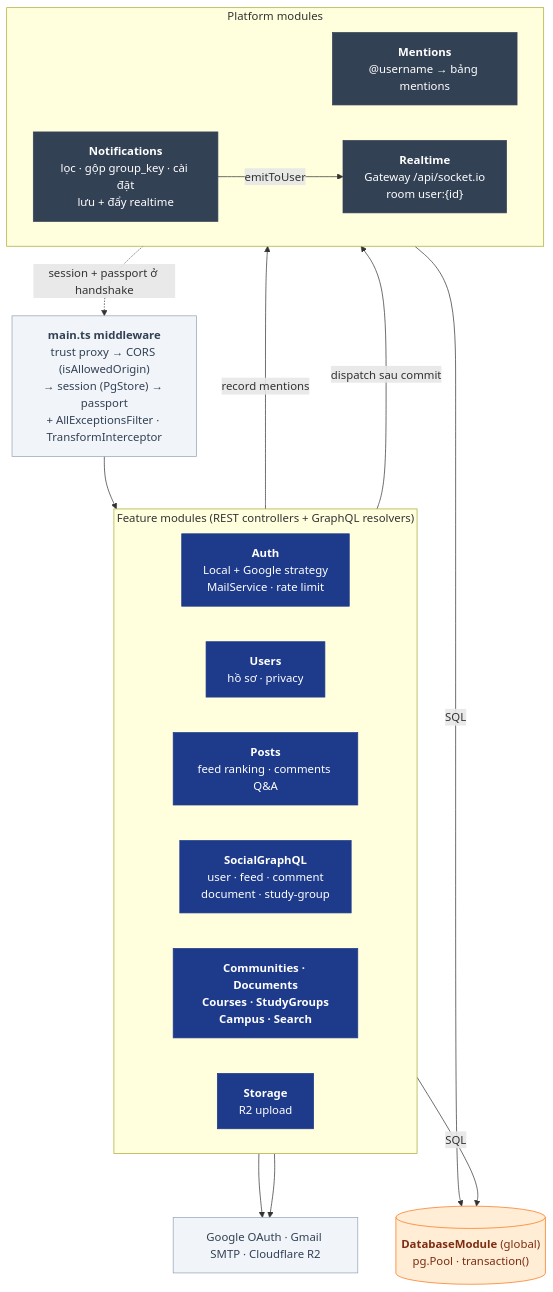
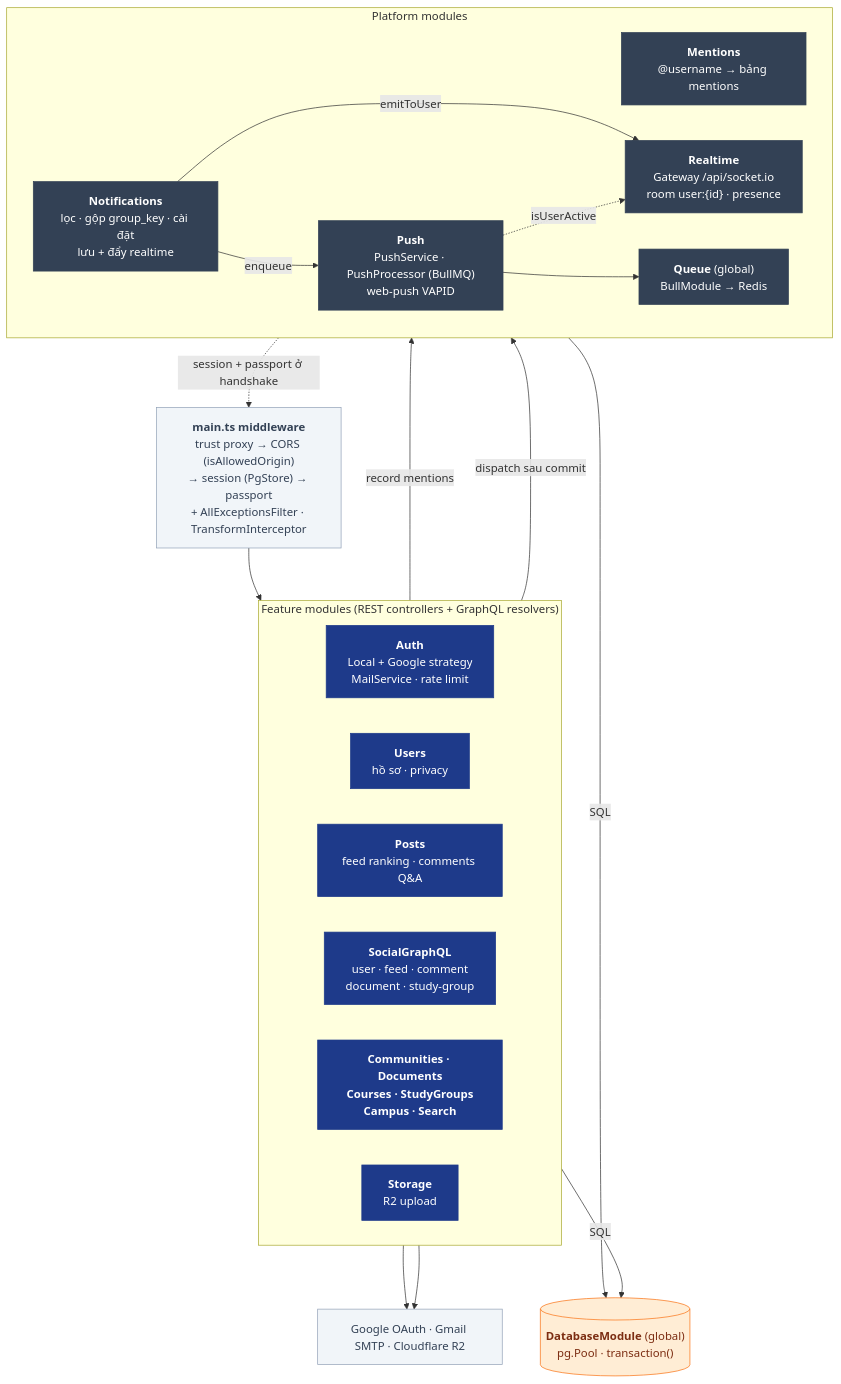
The diagram in docs/diagrams/03-api-components.md (nhatcoi/pu-connect), drawn with Mermaid before and after one commit. The commit also changed other lines of this file and 8 other files, not shown here.

Commit message:
docs: Web Push and BullMQ design, diagrams and ERD

````diff
--- a/docs/diagrams/03-api-components.md
+++ b/docs/diagrams/03-api-components.md
@@ -7,41 +7,45 @@
 ```mermaid
 flowchart TB
   mw["<b>main.ts middleware</b><br/>trust proxy → CORS (isAllowedOrigin)<br/>→ session (PgStore) → passport<br/>+ AllExceptionsFilter · TransformInterceptor"]
 
   subgraph Feature["Feature modules (REST controllers + GraphQL resolvers)"]
     direction LR
     auth["<b>Auth</b><br/>Local + Google strategy<br/>MailService · rate limit"]
     users["<b>Users</b><br/>hồ sơ · privacy"]
     posts["<b>Posts</b><br/>feed ranking · comments Q&A"]
     gql["<b>SocialGraphQL</b><br/>user · feed · comment<br/>document · study-group"]
     others["<b>Communities · Documents<br/>Courses · StudyGroups<br/>Campus · Search</b>"]
     storage["<b>Storage</b><br/>R2 upload"]
   end
 
   subgraph Platform["Platform modules"]
     direction LR
     mentions["<b>Mentions</b><br/>@username → bảng mentions"]
     notif["<b>Notifications</b><br/>lọc · gộp group_key · cài đặt<br/>lưu + đẩy realtime"]
-    rt["<b>Realtime</b><br/>Gateway /api/socket.io<br/>room user:{id}"]
+    rt["<b>Realtime</b><br/>Gateway /api/socket.io<br/>room user:{id} · presence"]
+    push["<b>Push</b><br/>PushService · PushProcessor (BullMQ)<br/>web-push VAPID"]
+    queue["<b>Queue</b> (global)<br/>BullModule → Redis"]
   end
 
   db[("<b>DatabaseModule</b> (global)<br/>pg.Pool · transaction()")]
   ext["Google OAuth · Gmail SMTP · Cloudflare R2"]
 
   mw --> Feature
   posts -->|record mentions| mentions
   Feature -->|dispatch sau commit| notif -->|emitToUser| rt
+  notif -->|enqueue| push --> queue
+  push -. isUserActive .-> rt
   rt -. session + passport ở handshake .-> mw
   Feature -->|SQL| db
   Platform -->|SQL| db
   auth & storage --> ext
 
   classDef mod fill:#1e3a8a,stroke:#1e3a8a,color:#fff
   classDef plat fill:#334155,stroke:#334155,color:#fff
   classDef store fill:#ffedd5,stroke:#f97316,color:#7c2d12
   classDef external fill:#f1f5f9,stroke:#94a3b8,color:#334155
   class auth,users,posts,communities,others,storage,gql mod
-  class mentions,notif,rt plat
+  class mentions,notif,rt,push,queue plat
   class db store
   class ext,mw external
 ```
````
